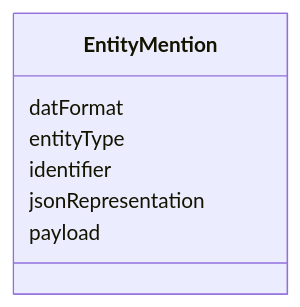
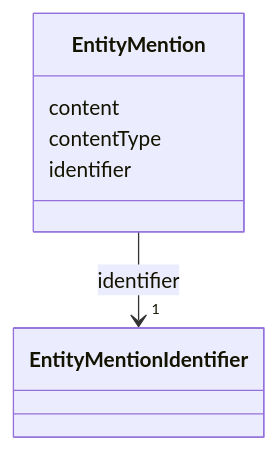
One commit to OP-TED/entity-resolution-spec changed the diagram in docs/schema/EntityMention.md. Above: the diagram before and after it, drawn with Mermaid. The commit also changed other lines of this file and 46 other files, not shown here.

````diff
--- a/docs/schema/EntityMention.md
+++ b/docs/schema/EntityMention.md
@@ -26,16 +22,21 @@
 ```mermaid
  classDiagram
     class EntityMention
     click EntityMention href "../EntityMention/"
-      EntityMention : datFormat
+      EntityMention : content
         
-      EntityMention : entityType
+      EntityMention : contentType
         
       EntityMention : identifier
         
-      EntityMention : jsonRepresentation
+          
+    
         
-      EntityMention : payload
+        
+        EntityMention --> "1" EntityMentionIdentifier : identifier
+        click EntityMentionIdentifier href "../EntityMentionIdentifier/"
+    
+
         
       
 ```
````
